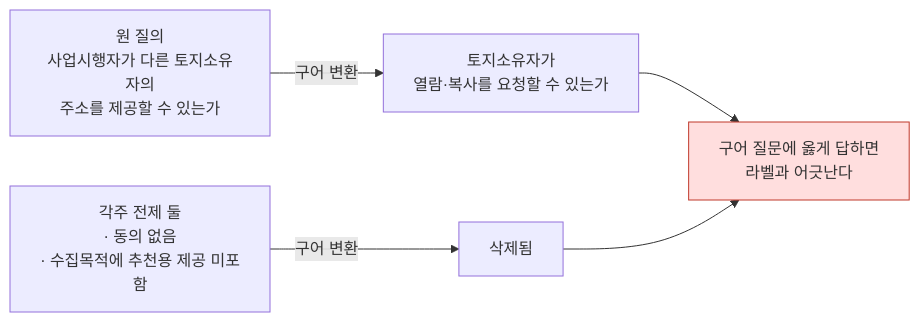
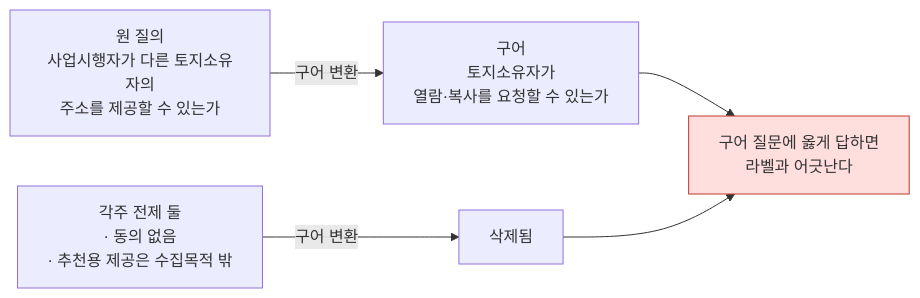
One commit to Fromson99/8agent changed diagram 12 of 21 in docs/NOTION_ARCHITECTURE.md. Above: the diagram before and after it, drawn with Mermaid. The commit also changed other lines of this file and 1 other file, not shown here.

````diff
--- a/docs/NOTION_ARCHITECTURE.md
+++ b/docs/NOTION_ARCHITECTURE.md
@@ -538,8 +538,12 @@
 ```mermaid
 flowchart LR
-  A["원 질의<br/>사업시행자가 다른 토지소유자의<br/>주소를 제공할 수 있는가"] -->|"구어 변환"| B["토지소유자가<br/>열람·복사를 요청할 수 있는가"]
-  C["각주 전제 둘<br/>· 동의 없음<br/>· 수집목적에 추천용 제공 미포함"] -->|"구어 변환"| D["삭제됨"]
+  A["원 질의<br/>사업시행자가 다른 토지소유자의<br/>주소를 제공할 수 있는가"]
+  B["구어<br/>토지소유자가<br/>열람·복사를 요청할 수 있는가"]
+  C["각주 전제 둘<br/>· 동의 없음<br/>· 추천용 제공은 수집목적 밖"]
+  D["삭제됨"]
+  A -->|"구어 변환"| B
+  C -->|"구어 변환"| D
   B --> E["구어 질문에 옳게 답하면<br/>라벨과 어긋난다"]
   D --> E
   style E fill:#ffdede,stroke:#c0392b
 ```
````
